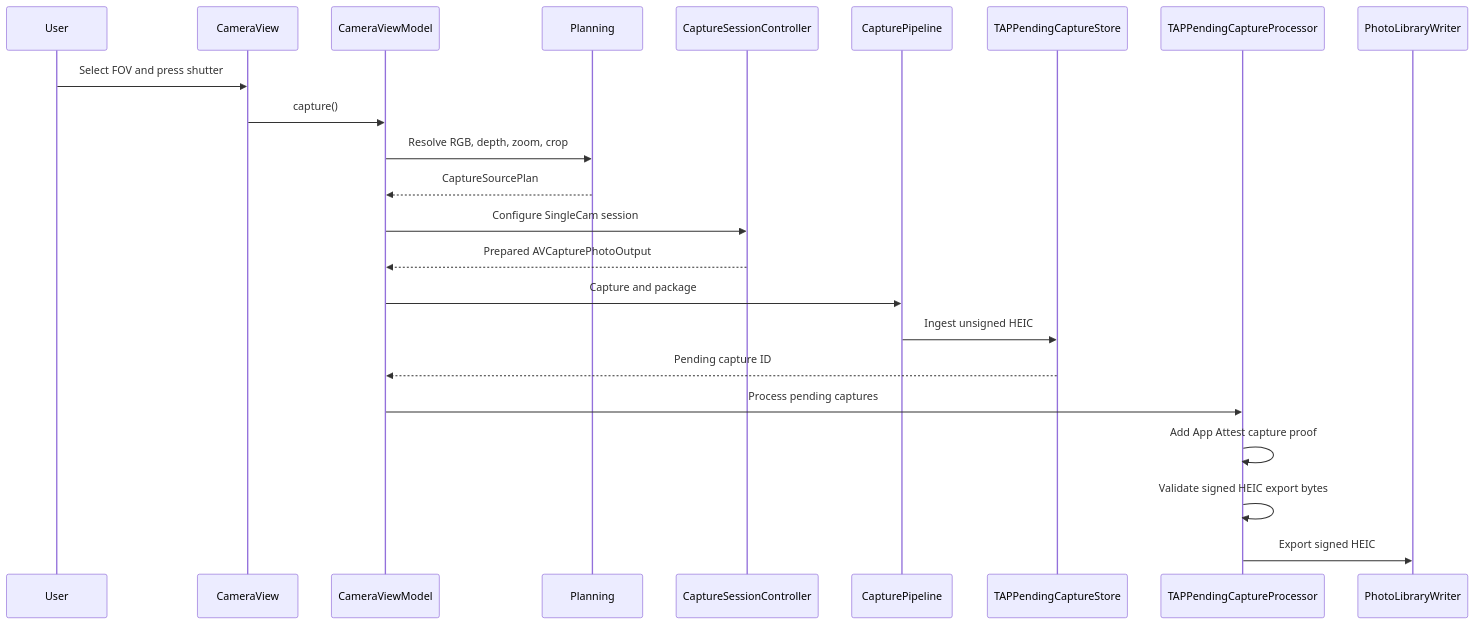
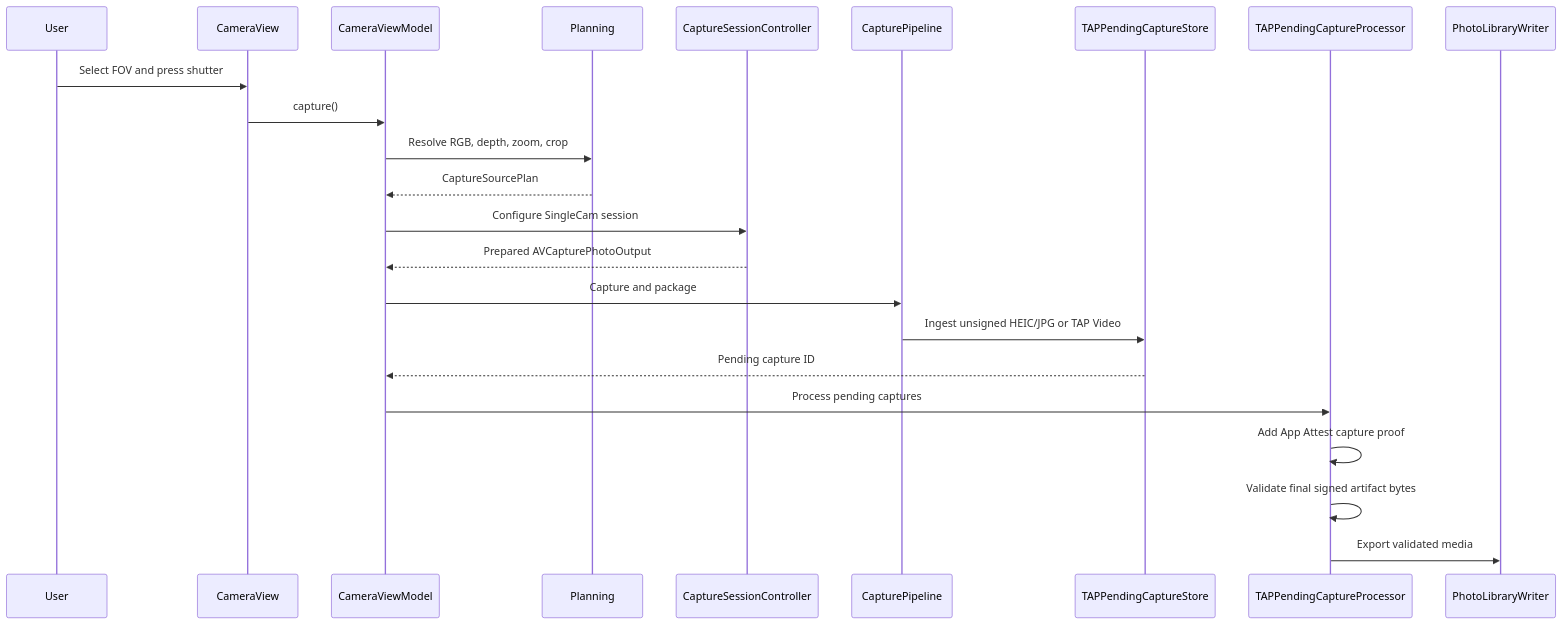
Before and after one commit to TAP-NAP/TAPCamDemo: the second of 3 diagrams in README.md, drawn with Mermaid. The commit also changed other lines of this file and 72 other files, not shown here.

````diff
--- a/README.md
+++ b/README.md
@@ -86,26 +87,26 @@
 ```mermaid
 sequenceDiagram
     participant User
     participant UI as CameraView
     participant VM as CameraViewModel
     participant Plan as Planning
     participant Runtime as CaptureSessionController
     participant Pipeline as CapturePipeline
     participant Store as TAPPendingCaptureStore
     participant Worker as TAPPendingCaptureProcessor
     participant Photos as PhotoLibraryWriter
 
     User->>UI: Select FOV and press shutter
     UI->>VM: capture()
     VM->>Plan: Resolve RGB, depth, zoom, crop
     Plan-->>VM: CaptureSourcePlan
     VM->>Runtime: Configure SingleCam session
     Runtime-->>VM: Prepared AVCapturePhotoOutput
     VM->>Pipeline: Capture and package
-    Pipeline->>Store: Ingest unsigned HEIC
+    Pipeline->>Store: Ingest unsigned HEIC/JPG or TAP Video
     Store-->>VM: Pending capture ID
     VM->>Worker: Process pending captures
     Worker->>Worker: Add App Attest capture proof
-    Worker->>Worker: Validate signed HEIC export bytes
-    Worker->>Photos: Export signed HEIC
+    Worker->>Worker: Validate final signed artifact bytes
+    Worker->>Photos: Export validated media
 ```
````
